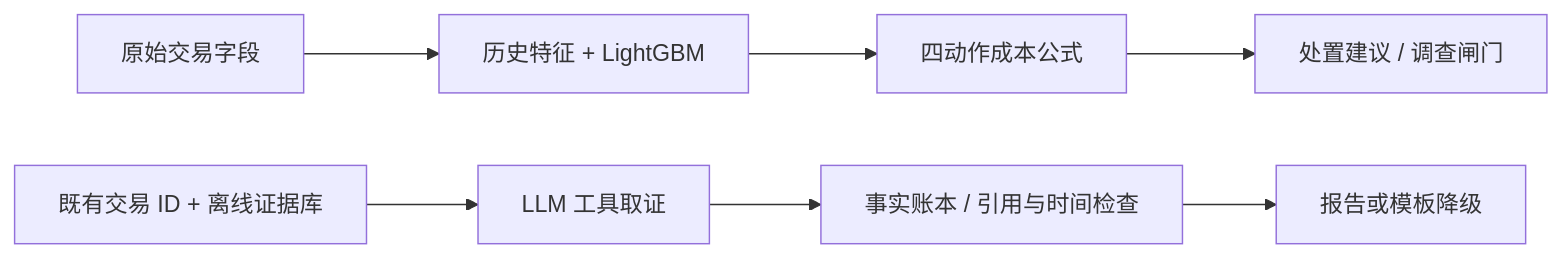
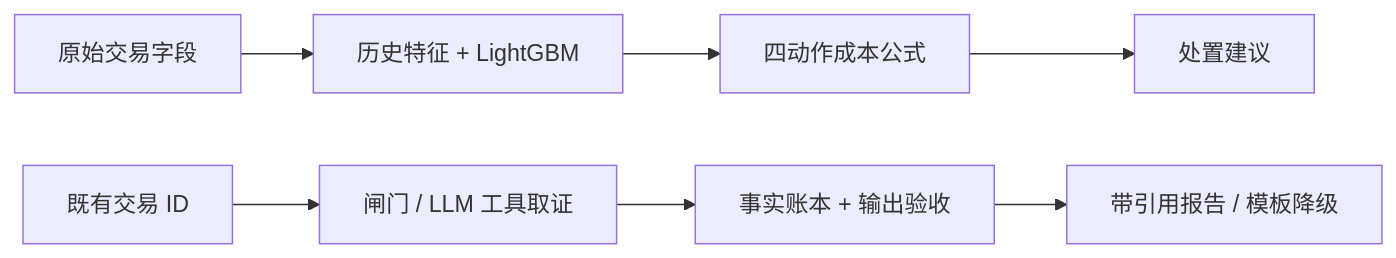
The diagram in README.md (1257599842-cell/AI-Agent-Fraud-Detection), drawn with Mermaid before and after one commit. The commit also changed other lines of this file and 41 other files, not shown here.

```diff
--- a/README.md
+++ b/README.md
@@ -24,10 +21,10 @@
 ~~~mermaid
 flowchart LR
     A["原始交易字段"] --> B["历史特征 + LightGBM"]
     B --> C["四动作成本公式"]
-    C --> D["处置建议 / 调查闸门"]
+    C --> D["处置建议"]
 
-    E["既有交易 ID + 离线证据库"] --> F["LLM 工具取证"]
-    F --> G["事实账本 / 引用与时间检查"]
-    G --> H["报告或模板降级"]
+    E["既有交易 ID"] --> F["闸门 / LLM 工具取证"]
+    F --> G["事实账本 + 输出验收"]
+    G --> H["带引用报告 / 模板降级"]
 ~~~
```
